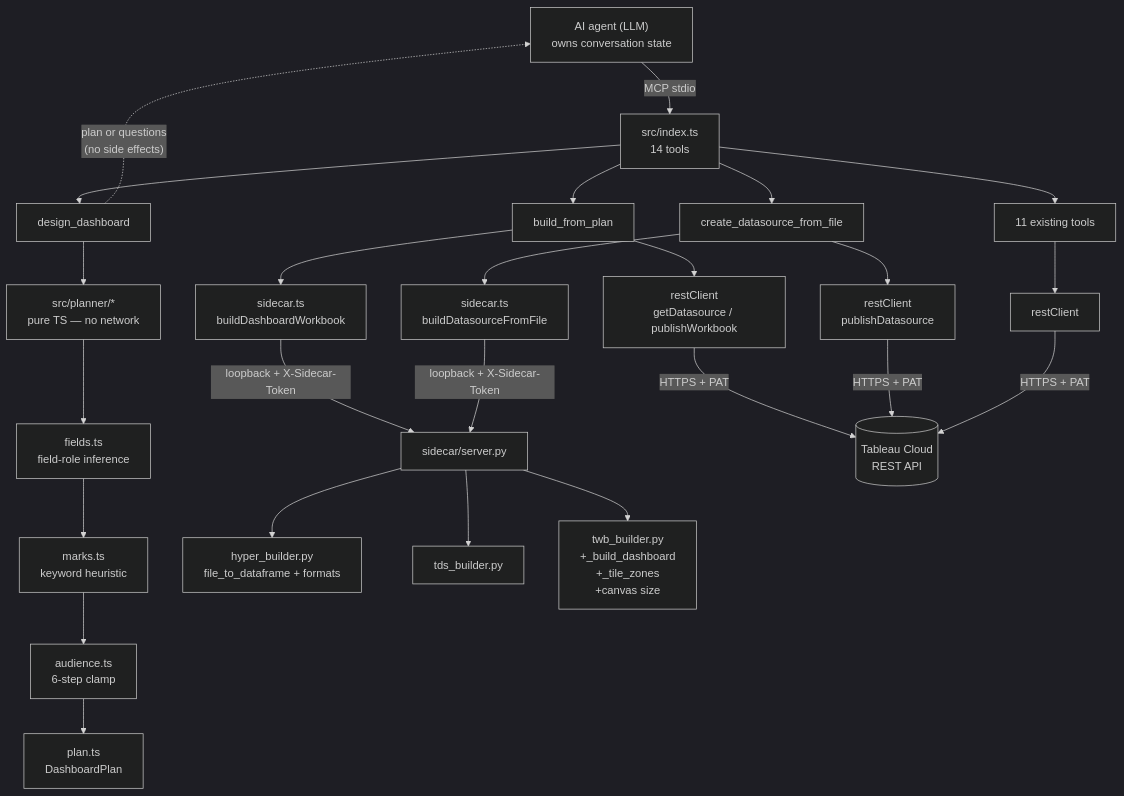
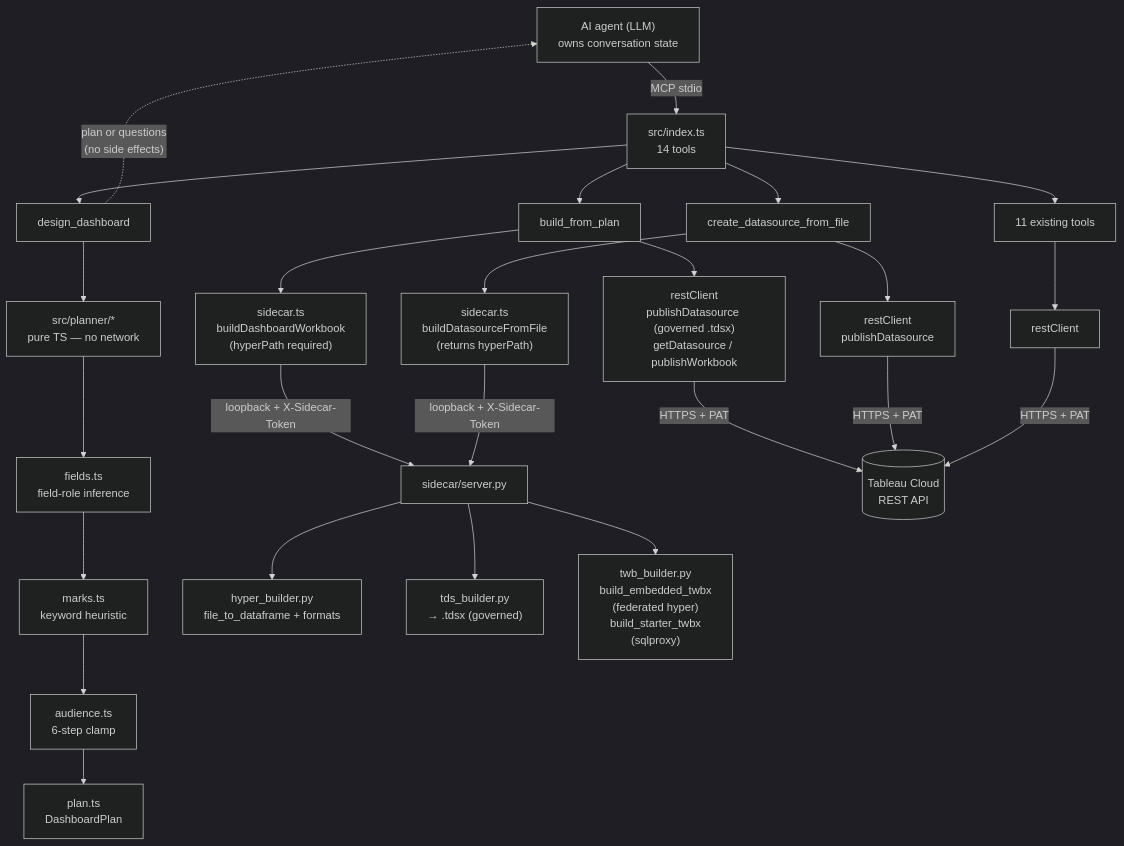
One commit to SebAustin/tableau-mcp-publish changed the diagram in docs/architecture.md. Above: the diagram before and after it, drawn with Mermaid (dark theme). The commit also changed other lines of this file and 3 other files, not shown here.

First line of the commit message:
docs: dashboard workbook embeds the extract (renders standalone)

````diff
--- a/docs/architecture.md
+++ b/docs/architecture.md
@@ -102,32 +141,32 @@
 ```mermaid
 flowchart TD
     Agent["AI agent (LLM)\nowns conversation state"] -- "MCP stdio" --> Index["src/index.ts\n14 tools"]
 
     Index --> CDF["create_datasource_from_file"]
     Index --> DD["design_dashboard"]
     Index --> BFP["build_from_plan"]
     Index --> Other["11 existing tools"]
 
     DD --> Planner["src/planner/*\npure TS — no network"]
     Planner --> Fields["fields.ts\nfield-role inference"]
     Fields --> Marks["marks.ts\nkeyword heuristic"]
     Marks --> Audience["audience.ts\n6-step clamp"]
     Audience --> Plan["plan.ts\nDashboardPlan"]
     DD -. "plan or questions\n(no side effects)" .-> Agent
 
-    BFP --> SC["sidecar.ts\nbuildDashboardWorkbook"]
-    CDF --> SC2["sidecar.ts\nbuildDatasourceFromFile"]
+    BFP --> SC["sidecar.ts\nbuildDashboardWorkbook\n(hyperPath required)"]
+    CDF --> SC2["sidecar.ts\nbuildDatasourceFromFile\n(returns hyperPath)"]
     SC  -- "loopback + X-Sidecar-Token" --> Server["sidecar/server.py"]
     SC2 -- "loopback + X-Sidecar-Token" --> Server
 
     Server --> Hyper["hyper_builder.py\nfile_to_dataframe + formats"]
-    Server --> Tds["tds_builder.py"]
-    Server --> Twb["twb_builder.py\n+_build_dashboard\n+_tile_zones\n+canvas size"]
+    Server --> Tds["tds_builder.py\n→ .tdsx (governed)"]
+    Server --> Twb["twb_builder.py\nbuild_embedded_twbx\n(federated hyper)\nbuild_starter_twbx\n(sqlproxy)"]
 
-    BFP  --> Rest1["restClient\ngetDatasource / publishWorkbook"]
+    BFP  --> Rest1["restClient\npublishDatasource (governed .tdsx)\ngetDatasource / publishWorkbook"]
     CDF  --> Rest2["restClient\npublishDatasource"]
     Other --> Rest3["restClient"]
     Rest1 -- "HTTPS + PAT" --> Cloud[("Tableau Cloud\nREST API")]
     Rest2 -- "HTTPS + PAT" --> Cloud
     Rest3 -- "HTTPS + PAT" --> Cloud
 ```
````
